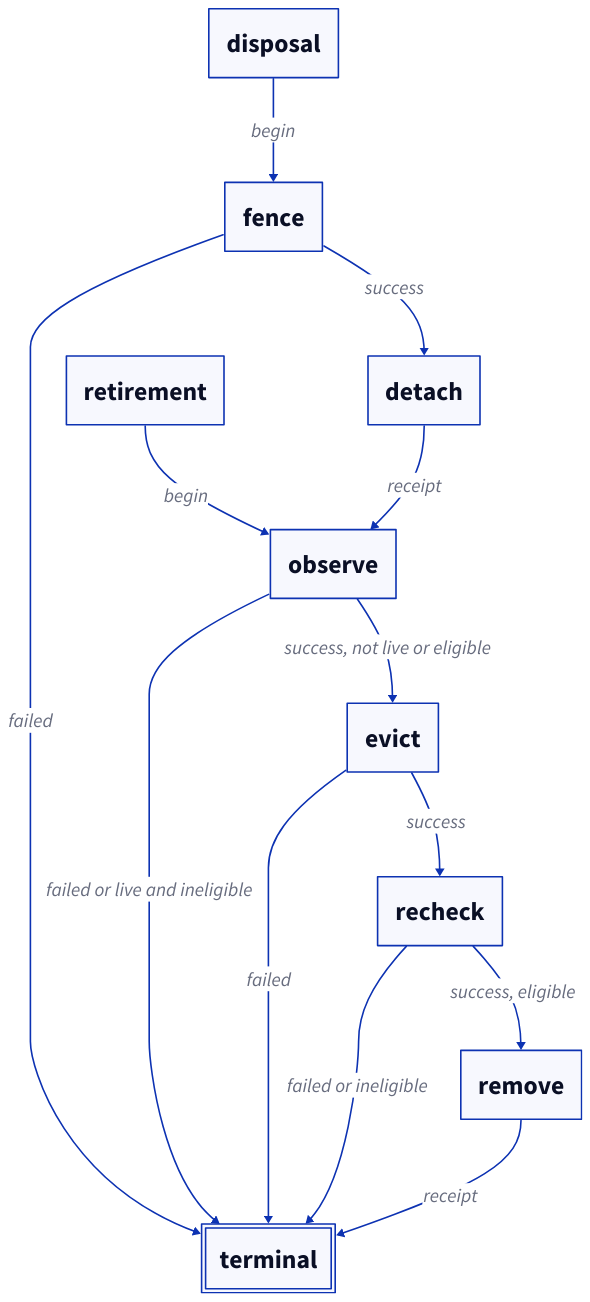
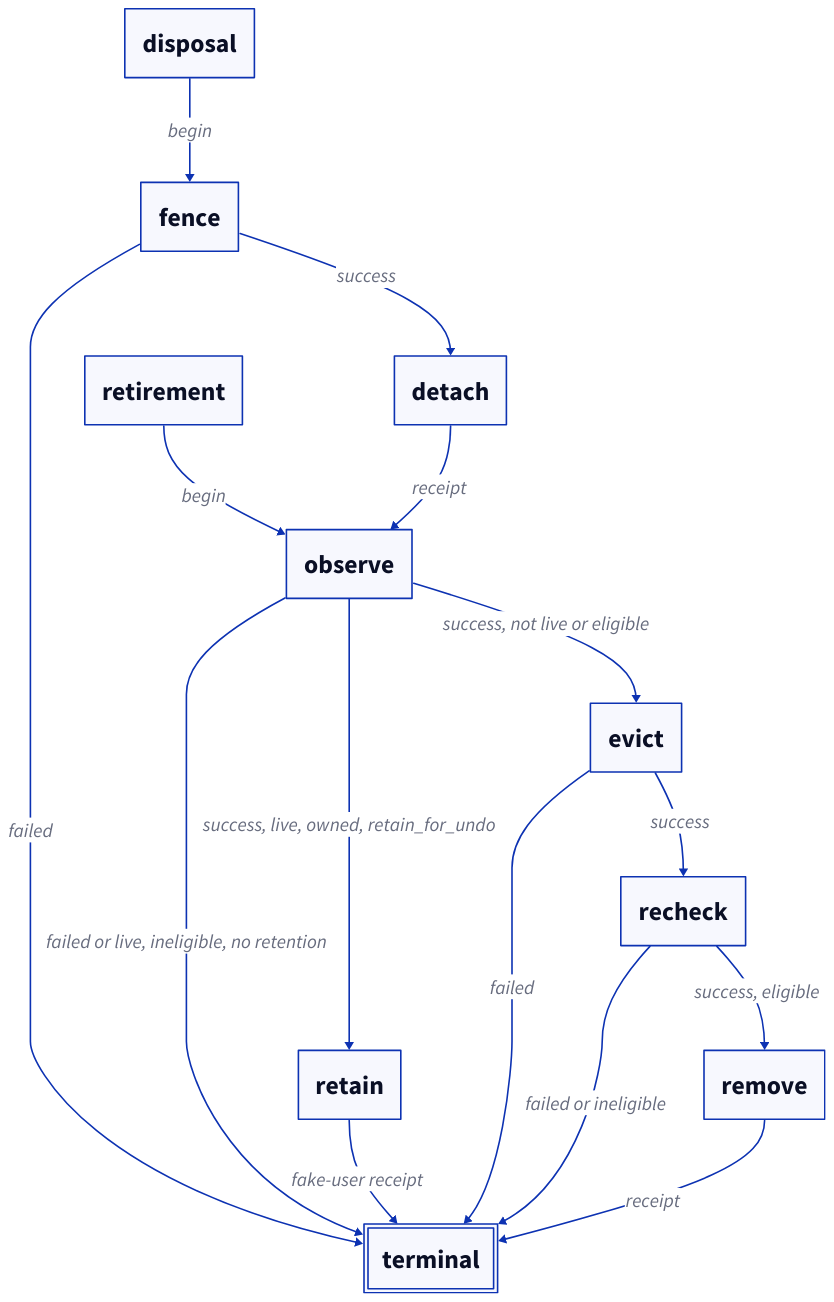
The diagram in products/perceptual-grade-book/docs/book/diagrams/06-resources.d2 (rei277hz/chromaticity), drawn with D2 before and after one commit. The commit also changed 141 other files, not shown here.

```diff
--- a/products/perceptual-grade-book/docs/book/diagrams/06-resources.d2
+++ b/products/perceptual-grade-book/docs/book/diagrams/06-resources.d2
@@ -1,29 +1,32 @@
 direction: down
 
 disposal: "disposal"
 retirement: "retirement"
 fence: "fence"
 detach: "detach"
 observe: "observe"
+retain: "retain"
 evict: "evict"
 recheck: "recheck"
 remove: "remove"
 terminal: "terminal" {
   style.double-border: true
 }
 
 disposal -> fence: "begin"
 retirement -> observe: "begin"
 fence -> detach: "success"
 fence -> terminal: "failed"
 detach -> observe: "receipt"
 observe -> evict: "success, not live or eligible"
-observe -> terminal: "failed or live and ineligible"
+observe -> retain: "success, live, owned, retain_for_undo"
+observe -> terminal: "failed or live, ineligible, no retention"
+retain -> terminal: "fake-user receipt"
 evict -> recheck: "success"
 evict -> terminal: "failed"
 recheck -> remove: "success, eligible"
 recheck -> terminal: "failed or ineligible"
 remove -> terminal: "receipt"
 
 **.style.font-size: 32
 (** -> **)[*].style.font-size: 24
```
